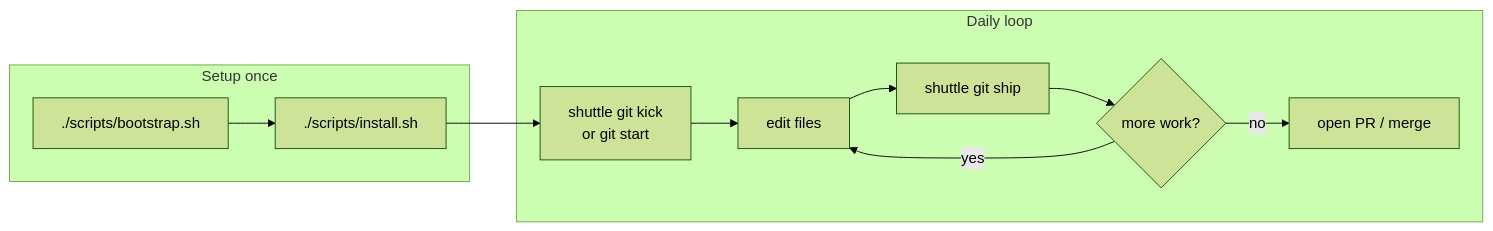
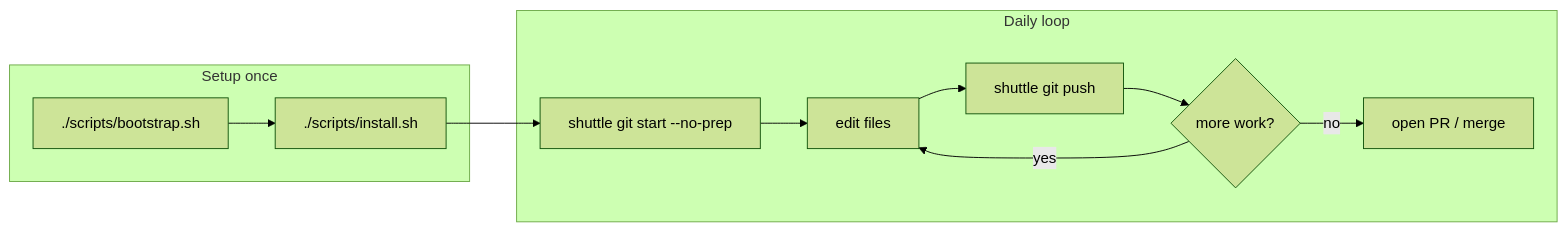
One commit to gardusig/shuttle-cli changed the second of 7 diagrams in docs/workflows.md. Above: the diagram before and after it, drawn with Mermaid (forest theme). The commit also changed other lines of this file and 54 other files, not shown here.

````diff
--- a/docs/workflows.md
+++ b/docs/workflows.md
@@ -70,21 +70,21 @@
 ```mermaid
 flowchart LR
     subgraph setup [Setup once]
         A["./scripts/bootstrap.sh"]
         B["./scripts/install.sh"]
         A --> B
     end
 
     subgraph daily [Daily loop]
-        C["shuttle git kick<br/>or git start"]
+        C["shuttle git start --no-prep"]
         D["edit files"]
-        E["shuttle git ship"]
+        E["shuttle git push"]
         F{"more work?"}
         G["open PR / merge"]
         C --> D --> E --> F
         F -->|yes| D
         F -->|no| G
     end
 
     B --> C
 ```
````
